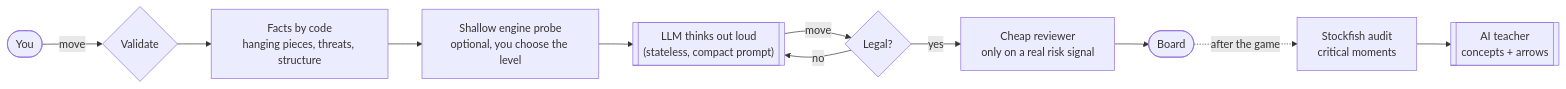
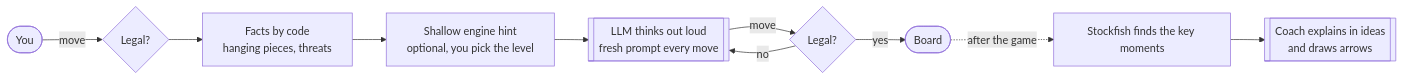
One commit to Andrade020/kibitz changed the diagram in README.md. Above: the diagram before and after it, drawn with Mermaid. The commit also changed other lines of this file and 68 other files, not shown here.

````diff
--- a/README.md
+++ b/README.md
@@ -79,13 +67,12 @@
 ```mermaid
 flowchart LR
-    H([You]) -- move --> V{Validate}
-    V --> F[Facts by code<br/>hanging pieces, threats, structure]
-    F --> P[Shallow engine probe<br/>optional, you choose the level]
-    P --> L[["LLM thinks out loud<br/>(stateless, compact prompt)"]]
+    H([You]) -- move --> V{Legal?}
+    V --> F[Facts by code<br/>hanging pieces, threats]
+    F --> P[Shallow engine hint<br/>optional, you pick the level]
+    P --> L[["LLM thinks out loud<br/>fresh prompt every move"]]
     L -- move --> C{Legal?}
     C -- no --> L
-    C -- yes --> R[Cheap reviewer<br/>only on a real risk signal]
-    R --> B([Board])
-    B -. after the game .-> A[Stockfish audit<br/>critical moments]
-    A --> T[["AI teacher<br/>concepts + arrows"]]
+    C -- yes --> B([Board])
+    B -. after the game .-> A[Stockfish finds the key moments]
+    A --> T[["Coach explains in ideas<br/>and draws arrows"]]
 ```
````
